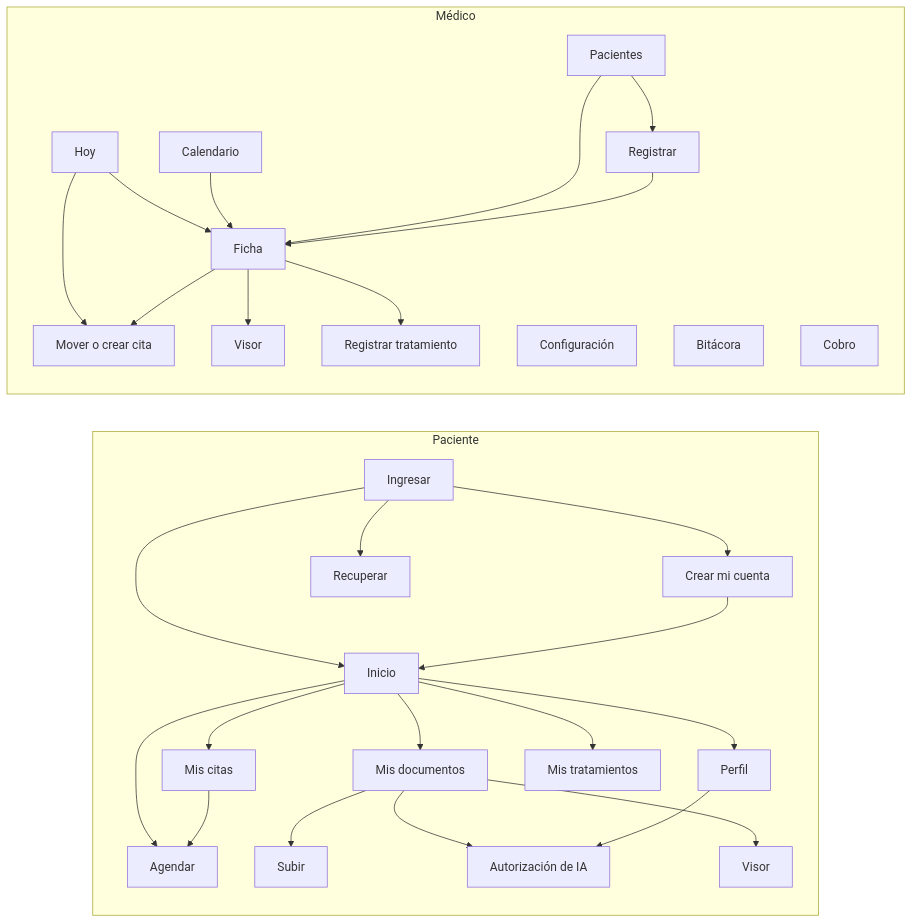
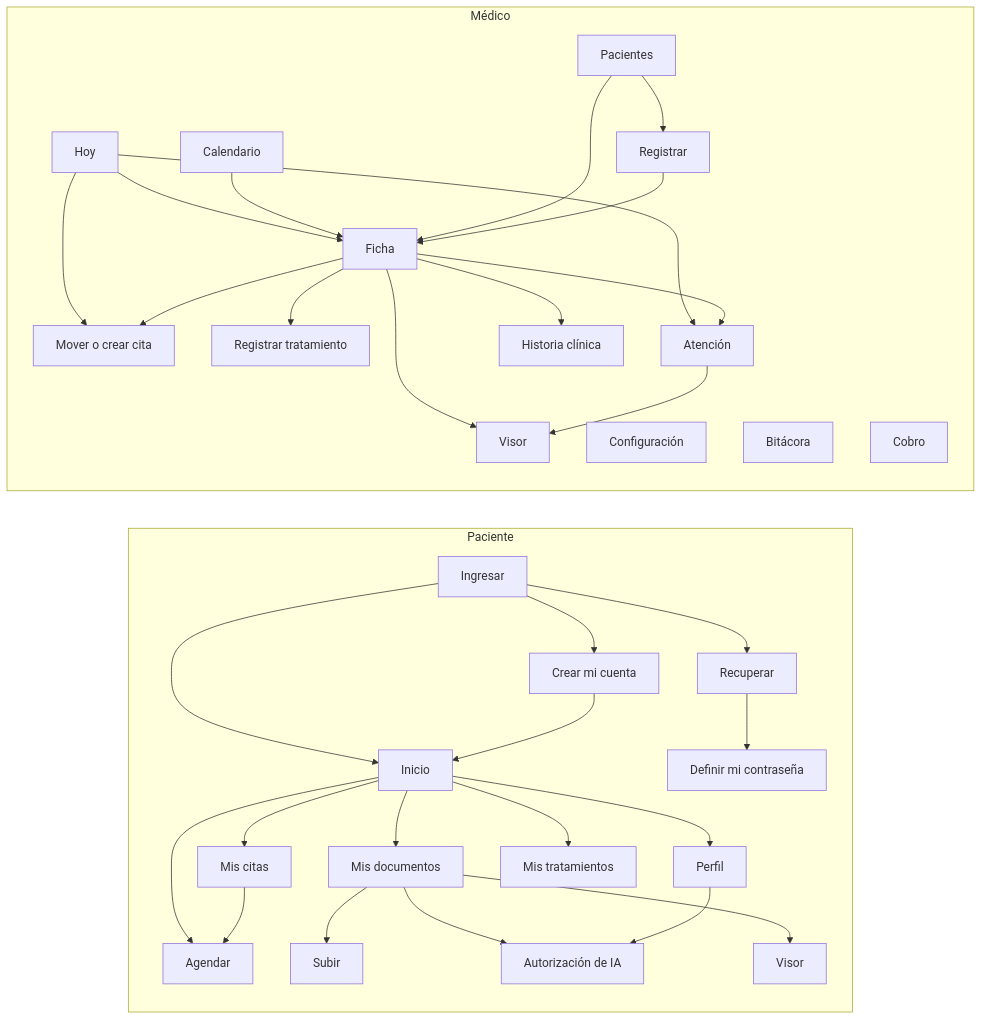
One commit to JAOSjavi/vitalia changed the diagram in diseno/05-pantallas.md. Above: the diagram before and after it, drawn with Mermaid. The commit also changed other lines of this file and 45 other files, not shown here.

First line of the commit message:
Cierre de Diseño: historia clínica, ingreso con documento y base visual

````diff
--- a/diseno/05-pantallas.md
+++ b/diseno/05-pantallas.md
@@ -98,29 +119,33 @@
 ```mermaid
 flowchart LR
     subgraph Paciente
         P01[Ingresar] --> P04[Inicio]
         P01 --> P02[Crear mi cuenta] --> P04
-        P01 --> P03[Recuperar]
+        P01 --> P03[Recuperar] --> P13[Definir mi contraseña]
         P04 --> P05[Agendar]
         P04 --> P06[Mis citas] --> P05
         P04 --> P07[Mis documentos]
         P07 --> P08[Subir]
         P07 --> P09[Autorización de IA]
         P07 --> P11[Visor]
         P04 --> P10[Perfil] --> P09
         P04 --> P12[Mis tratamientos]
     end
     subgraph Medico["Médico"]
         M01[Hoy] --> M06[Ficha]
         M01 --> M03[Mover o crear cita]
         M02[Calendario] --> M06
         M04[Pacientes] --> M06
         M04 --> M05[Registrar] --> M06
         M06 --> M07[Visor]
         M06 --> M03
         M06 --> M14[Registrar tratamiento]
+        M01 --> M15[Atención]
+        M06 --> M15
+        M15 --> M07
+        M06 --> M16[Historia clínica]
         M08[Configuración]
         M12[Bitácora]
         M13[Cobro]
     end
 ```
````
